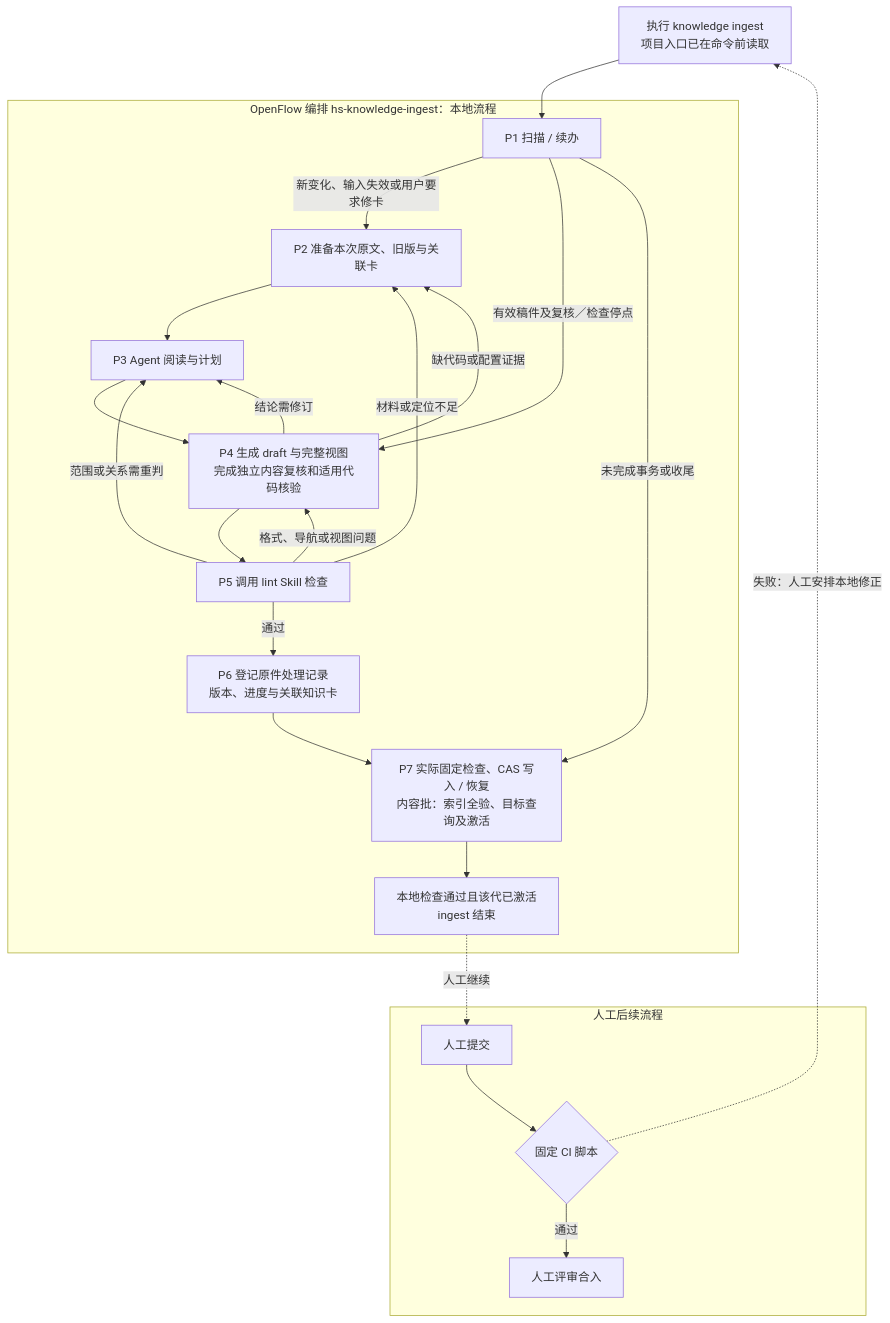
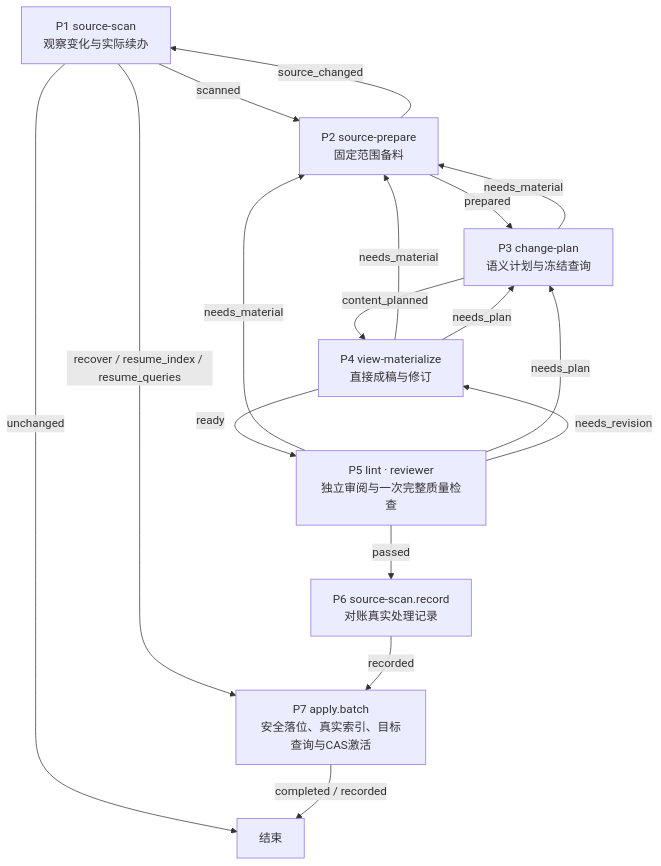
Before and after one commit to Robin-hhc/FactumCore: the fifth of 8 diagrams in himate-knowledge-wifi-mp/docs-llm-wiki/HiMate知识库架构设计.md, drawn with Mermaid. The commit also changed other lines of this file and 323 other files, not shown here.

Commit message:
refactor(knowledge): align ingest with seven-stage workflow

````diff
--- a/himate-knowledge-wifi-mp/docs-llm-wiki/HiMate知识库架构设计.md
+++ b/himate-knowledge-wifi-mp/docs-llm-wiki/HiMate知识库架构设计.md
@@ -411,26 +396,19 @@
 ```mermaid
 flowchart TD
-    CMD["执行 knowledge ingest<br/>项目入口已在命令前读取"] --> P1
-    subgraph INGEST["OpenFlow 编排 hs-knowledge-ingest：本地流程"]
-        P1["P1 扫描 / 续办"] -->|"新变化、输入失效或用户要求修卡"| P2["P2 准备本次原文、旧版与关联卡"]
-        P2 --> P3["P3 Agent 阅读与计划"]
-        P3 --> P4["P4 生成 draft 与完整视图<br/>完成独立内容复核和适用代码核验"]
-        P4 --> P5["P5 调用 lint Skill 检查"]
-        P5 -->|"通过"| P6["P6 登记原件处理记录<br/>版本、进度与关联知识卡"]
-        P5 -->|"材料或定位不足"| P2
-        P5 -->|"范围或关系需重判"| P3
-        P5 -->|"格式、导航或视图问题"| P4
-        P4 -->|"结论需修订"| P3
-        P4 -->|"缺代码或配置证据"| P2
-        P6 --> P7["P7 实际固定检查、CAS 写入 / 恢复<br/>内容批：索引全验、目标查询及激活"]
-        P1 -->|"有效稿件及复核／检查停点"| P4
-        P1 -->|"未完成事务或收尾"| P7
-        P7 --> DONE["本地检查通过且该代已激活<br/>ingest 结束"]
-    end
-    subgraph HUMAN["人工后续流程"]
-        SUBMIT["人工提交"] --> C1{"固定 CI 脚本"}
-        C1 -->|"通过"| MERGE["人工评审合入"]
-    end
-    DONE -. "人工继续" .-> SUBMIT
-    C1 -. "失败：人工安排本地修正" .-> CMD
+    P1["P1 source-scan<br/>观察变化与实际续办"] -->|scanned| P2["P2 source-prepare<br/>固定范围备料"]
+    P1 -->|unchanged| END["结束"]
+    P1 -->|recover / resume_index / resume_queries| P7
+    P2 -->|prepared| P3["P3 change-plan<br/>语义计划与冻结查询"]
+    P2 -->|source_changed| P1
+    P3 -->|content_planned| P4["P4 view-materialize<br/>直接成稿与修订"]
+    P3 -->|needs_material| P2
+    P4 -->|ready| P5["P5 lint · reviewer<br/>独立审阅与一次完整质量检查"]
+    P4 -->|needs_material| P2
+    P4 -->|needs_plan| P3
+    P5 -->|needs_material| P2
+    P5 -->|needs_plan| P3
+    P5 -->|needs_revision| P4
+    P5 -->|passed| P6["P6 source-scan.record<br/>对账真实处理记录"]
+    P6 -->|recorded| P7["P7 apply.batch<br/>安全落位、真实索引、目标查询与CAS激活"]
+    P7 -->|completed / recorded| END
 ```
````
